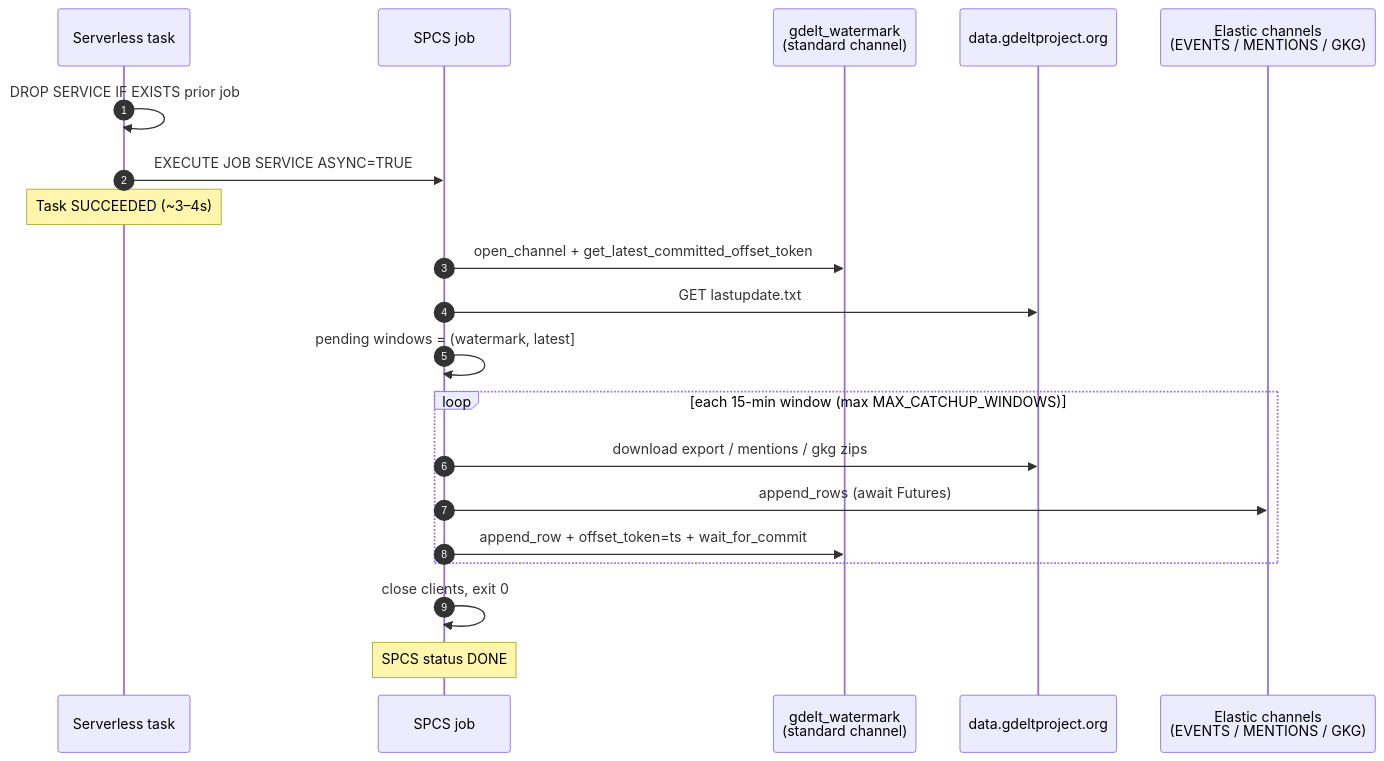
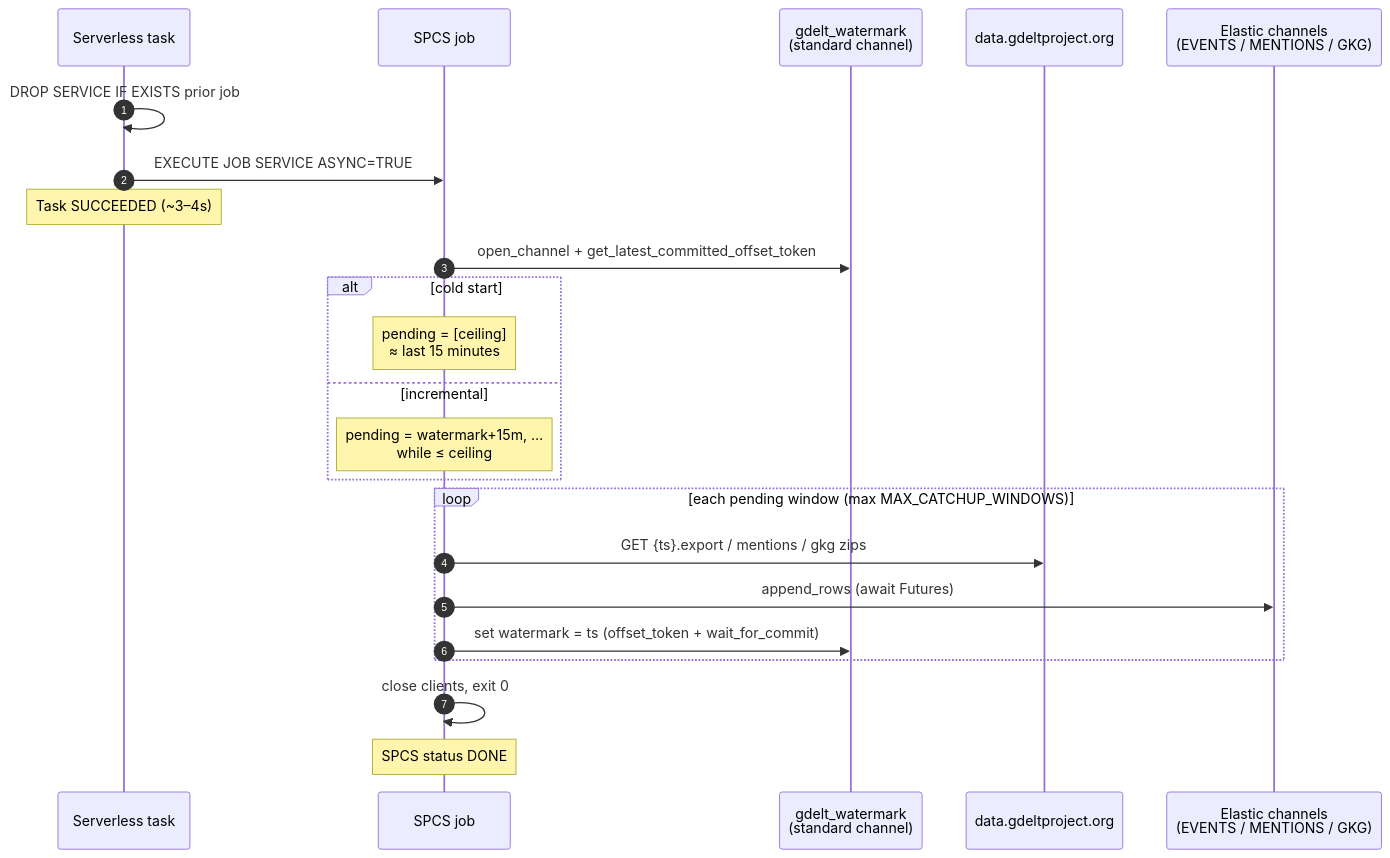
Before and after one commit to sfc-gh-bculberson/snowcat-streaming_gdelt: the third of 3 diagrams in docs/architecture-and-cost.md, drawn with Mermaid. The commit also changed other lines of this file and 11 other files, not shown here.

````diff
--- a/docs/architecture-and-cost.md
+++ b/docs/architecture-and-cost.md
@@ -56,26 +89,29 @@
 ```mermaid
 sequenceDiagram
   autonumber
   participant Task as Serverless task
   participant Job as SPCS job
   participant WM as gdelt_watermark<br/>(standard channel)
   participant GDELT as data.gdeltproject.org
   participant EC as Elastic channels<br/>(EVENTS / MENTIONS / GKG)
 
   Task->>Task: DROP SERVICE IF EXISTS prior job
   Task->>Job: EXECUTE JOB SERVICE ASYNC=TRUE
   Note over Task: Task SUCCEEDED (~3–4s)
 
   Job->>WM: open_channel + get_latest_committed_offset_token
-  Job->>GDELT: GET lastupdate.txt
-  Job->>Job: pending windows = (watermark, latest]
+  alt cold start
+    Note over Job: pending = [ceiling]<br/>≈ last 15 minutes
+  else incremental
+    Note over Job: pending = watermark+15m, …<br/>while ≤ ceiling
+  end
 
-  loop each 15-min window (max MAX_CATCHUP_WINDOWS)
-    Job->>GDELT: download export / mentions / gkg zips
+  loop each pending window (max MAX_CATCHUP_WINDOWS)
+    Job->>GDELT: GET {ts}.export / mentions / gkg zips
     Job->>EC: append_rows (await Futures)
-    Job->>WM: append_row + offset_token=ts + wait_for_commit
+    Job->>WM: set watermark = ts (offset_token + wait_for_commit)
   end
 
   Job->>Job: close clients, exit 0
   Note over Job: SPCS status DONE
 ```
````
